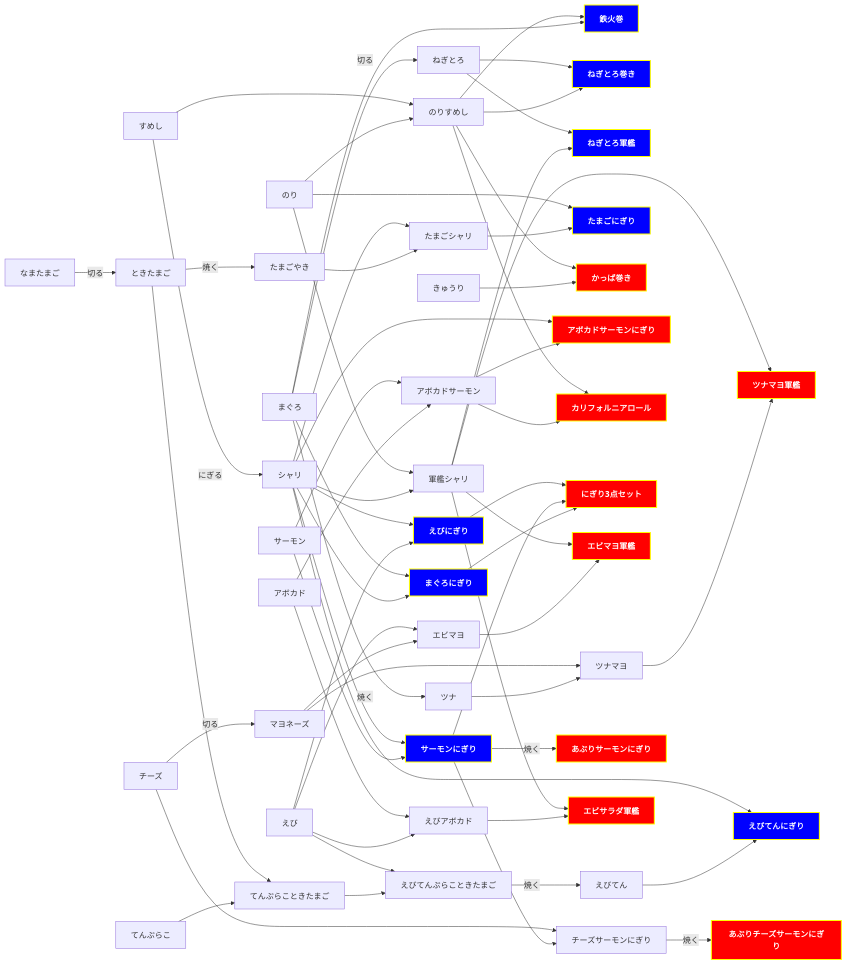
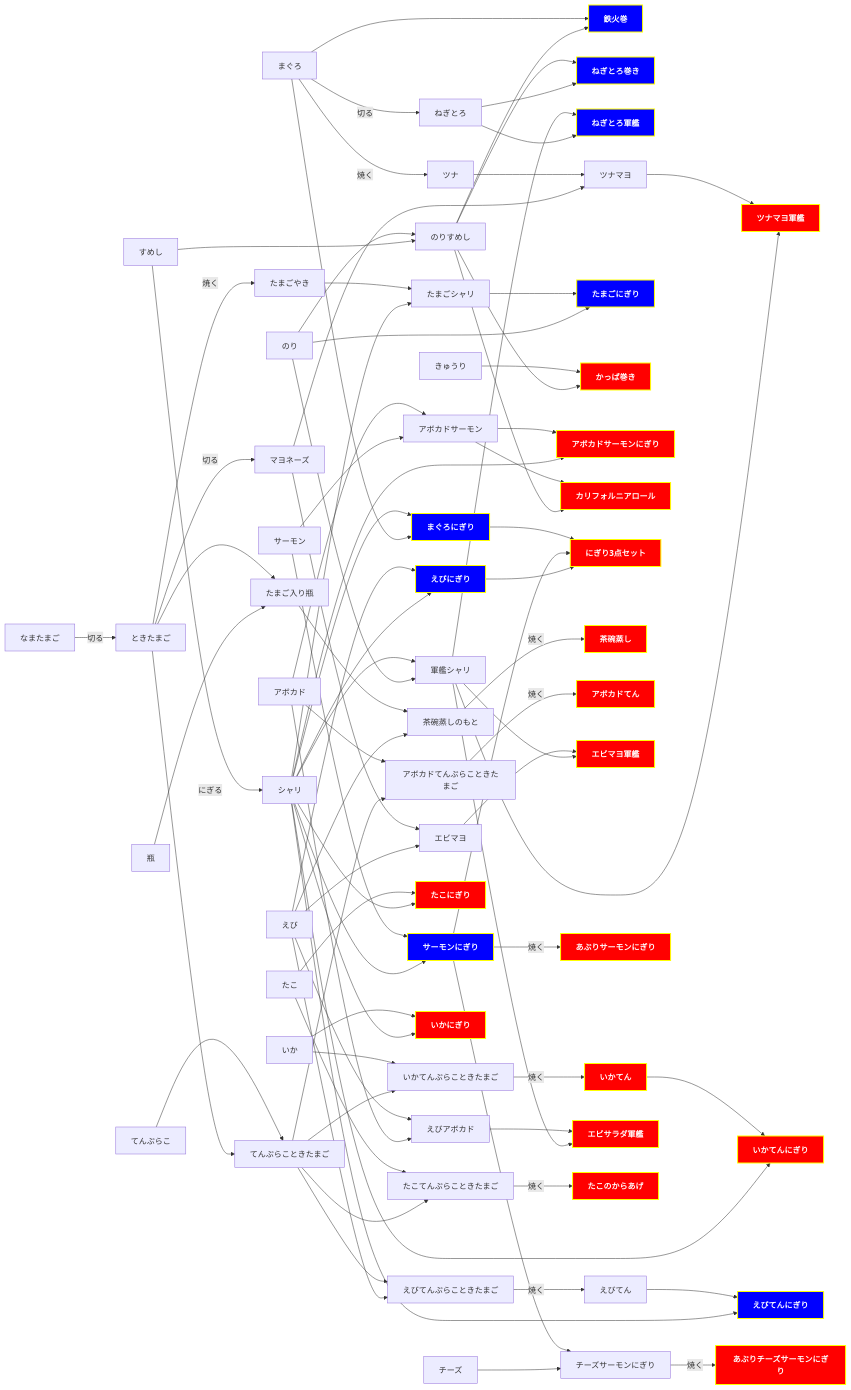
Before and after one commit to rheniumNV/legendary-sushi-master: the diagram in src/sushido/factory/recipe.md, drawn with Mermaid. The commit also changed other lines of this file and 2 other files, not shown here.

````diff
--- a/src/sushido/factory/recipe.md
+++ b/src/sushido/factory/recipe.md
@@ -45,7 +45,15 @@
 D[まぐろにぎり]-->M[にぎり3点セット]
 F[サーモンにぎり]-->M[にぎり3点セット]
 E[えびにぎり]-->M[にぎり3点セット]
-チーズ-->|切る|マヨネーズ
+ときたまご-->|切る|マヨネーズ
+ときたまご-->たまご入り瓶
+瓶-->たまご入り瓶
+たまご入り瓶-->茶碗蒸しのもと
+えび-->茶碗蒸しのもと
+茶碗蒸しのもと-->|焼く|R[茶碗蒸し]
+アボカド-->アボカドてんぷらこときたまご
+てんぷらこときたまご-->アボカドてんぷらこときたまご
+アボカドてんぷらこときたまご-->|焼く|S[アボカドてん]
 マヨネーズ-->エビマヨ
 えび-->エビマヨ
 エビマヨ-->N[エビマヨ軍艦]
@@ -63,8 +71,20 @@
 アボカド-->えびアボカド
 えびアボカド-->Q[エビサラダ軍艦]
 軍艦シャリ-->Q[エビサラダ軍艦]
+たこ-->T[たこにぎり]
+シャリ-->T[たこにぎり]
+たこ-->たこてんぷらこときたまご
+てんぷらこときたまご-->たこてんぷらこときたまご
+たこてんぷらこときたまご-->|焼く|U[たこのからあげ]
+いか-->V[いかにぎり]
+シャリ-->V[いかにぎり]
+いか-->いかてんぷらこときたまご
+てんぷらこときたまご-->いかてんぷらこときたまご
+いかてんぷらこときたまご-->|焼く|W[いかてん]
+W[いかてん]-->X[いかてんにぎり]
+シャリ-->X[いかてんにぎり]
 
-class A,B,C,D,E,F,G,H,I,J,K,L,M,N,O,P,Q fin
+class A,B,C,D,E,F,G,H,I,J,K,L,M,N,O,P,Q,R,S,T,U,V,W,X fin
 class A,B,C,D,E,F,G,H fin2
 
 ```
````
